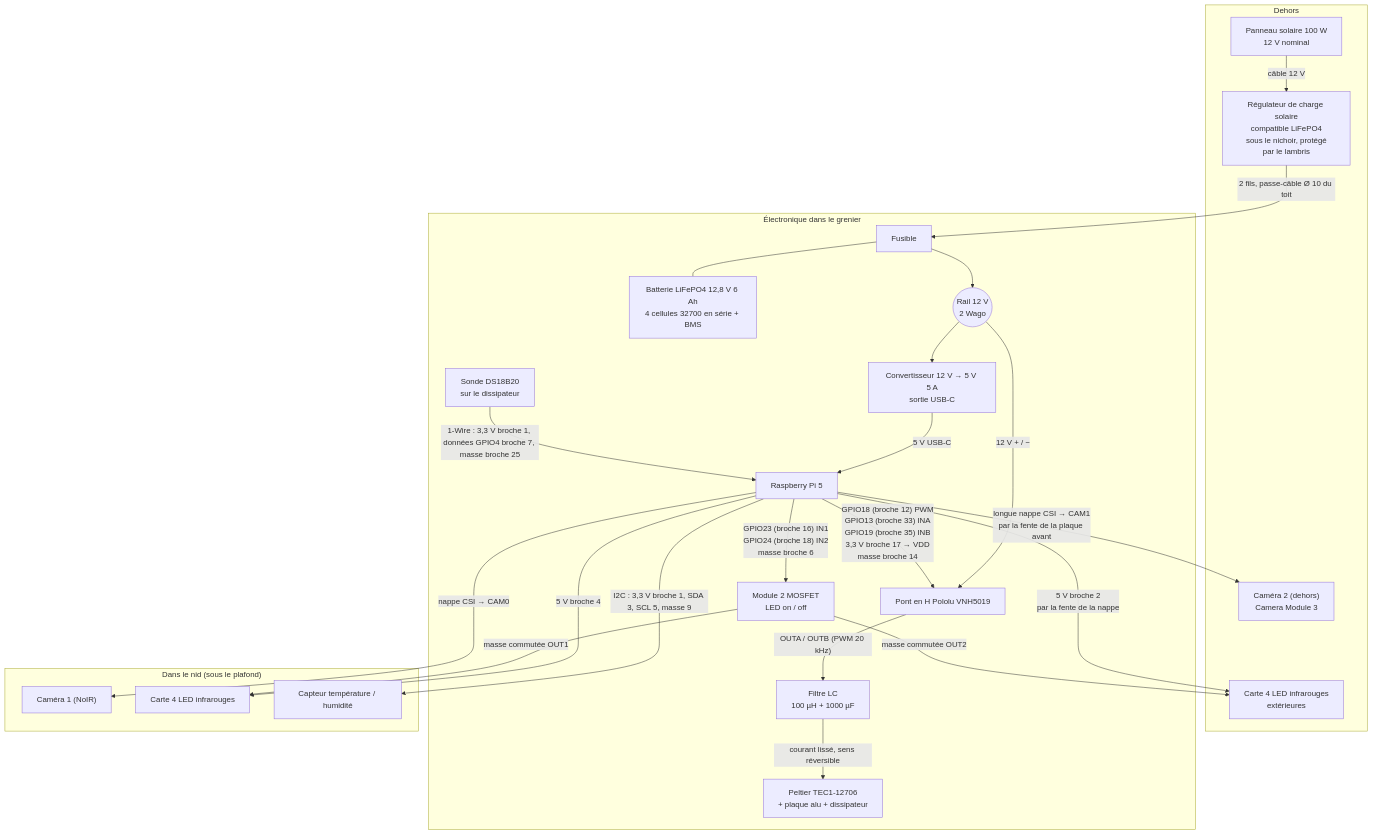
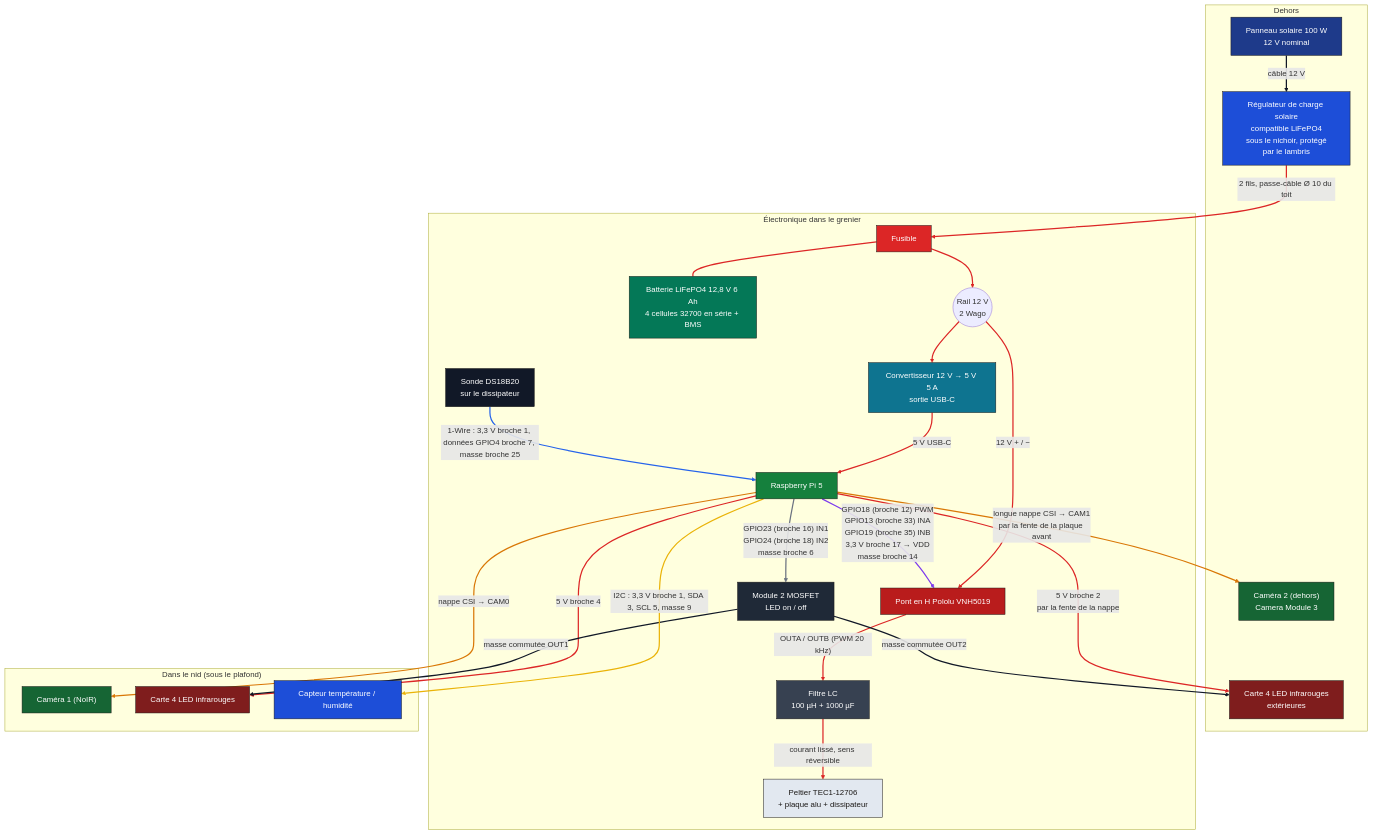
One commit to mathieujullien77190/birds changed the diagram in docs/schema-electronique.md. Above: the diagram before and after it, drawn with Mermaid. The commit also changed other lines of this file and 1 other file, not shown here.

Commit message:
feat: schema block and link colors match the 3D components and wires

````diff
--- a/docs/schema-electronique.md
+++ b/docs/schema-electronique.md
@@ -48,4 +48,51 @@
   SW -->|"masse commutée OUT2"| IR2
   PI -->|"I2C : 3,3 V broche 1, SDA 3, SCL 5, masse 9"| SENS
   HOT -->|"1-Wire : 3,3 V broche 1, données GPIO4 broche 7, masse broche 25"| PI
+  linkStyle 0 stroke:#111827,stroke-width:2.5px
+  linkStyle 1 stroke:#dc2626,stroke-width:2.5px
+  linkStyle 2 stroke:#dc2626,stroke-width:2.5px
+  linkStyle 3 stroke:#dc2626,stroke-width:2.5px
+  linkStyle 4 stroke:#dc2626,stroke-width:2.5px
+  linkStyle 5 stroke:#dc2626,stroke-width:2.5px
+  linkStyle 6 stroke:#dc2626,stroke-width:2.5px
+  linkStyle 7 stroke:#dc2626,stroke-width:2.5px
+  linkStyle 8 stroke:#dc2626,stroke-width:2.5px
+  linkStyle 9 stroke:#7c3aed,stroke-width:2.5px
+  linkStyle 10 stroke:#d97706,stroke-width:2.5px
+  linkStyle 11 stroke:#d97706,stroke-width:2.5px
+  linkStyle 12 stroke:#6b7280,stroke-width:2.5px
+  linkStyle 13 stroke:#dc2626,stroke-width:2.5px
+  linkStyle 14 stroke:#dc2626,stroke-width:2.5px
+  linkStyle 15 stroke:#111827,stroke-width:2.5px
+  linkStyle 16 stroke:#111827,stroke-width:2.5px
+  linkStyle 17 stroke:#eab308,stroke-width:2.5px
+  linkStyle 18 stroke:#2563eb,stroke-width:2.5px
+  classDef pv fill:#1e3a8a,stroke:#1c1917,color:#fff
+  classDef mppt fill:#1d4ed8,stroke:#1c1917,color:#fff
+  classDef fuse fill:#dc2626,stroke:#1c1917,color:#fff
+  classDef bat fill:#047857,stroke:#1c1917,color:#fff
+  classDef buck fill:#0e7490,stroke:#1c1917,color:#fff
+  classDef pi fill:#15803d,stroke:#1c1917,color:#fff
+  classDef sw fill:#1f2937,stroke:#1c1917,color:#fff
+  classDef hb fill:#b91c1c,stroke:#1c1917,color:#fff
+  classDef filt fill:#374151,stroke:#1c1917,color:#fff
+  classDef tec fill:#e2e8f0,stroke:#1c1917,color:#1c1917
+  classDef hot fill:#111827,stroke:#1c1917,color:#fff
+  classDef cam fill:#166534,stroke:#1c1917,color:#fff
+  classDef ir fill:#7f1d1d,stroke:#1c1917,color:#fff
+  classDef sens fill:#1d4ed8,stroke:#1c1917,color:#fff
+  class PV pv
+  class MPPT mppt
+  class FUSE fuse
+  class BAT bat
+  class BUCK buck
+  class PI pi
+  class SW sw
+  class HB hb
+  class FILT filt
+  class TEC tec
+  class HOT hot
+  class CAM1,CAM2 cam
+  class IR,IR2 ir
+  class SENS sens
 ```
````
